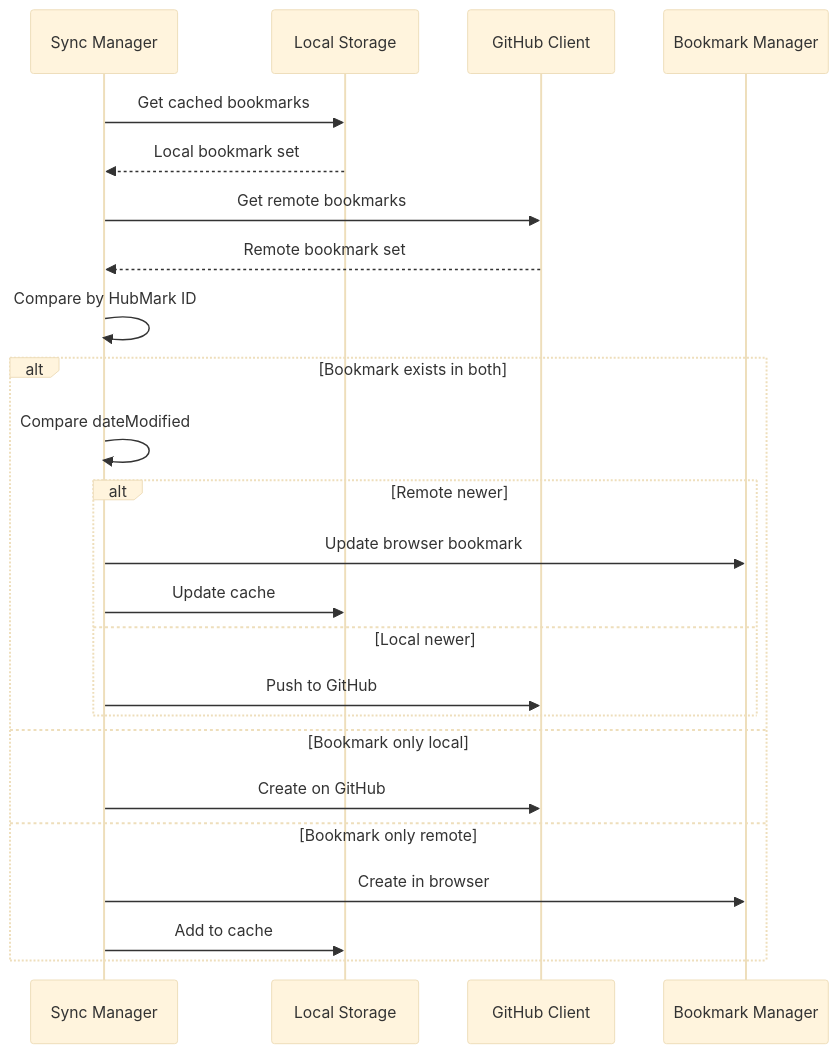
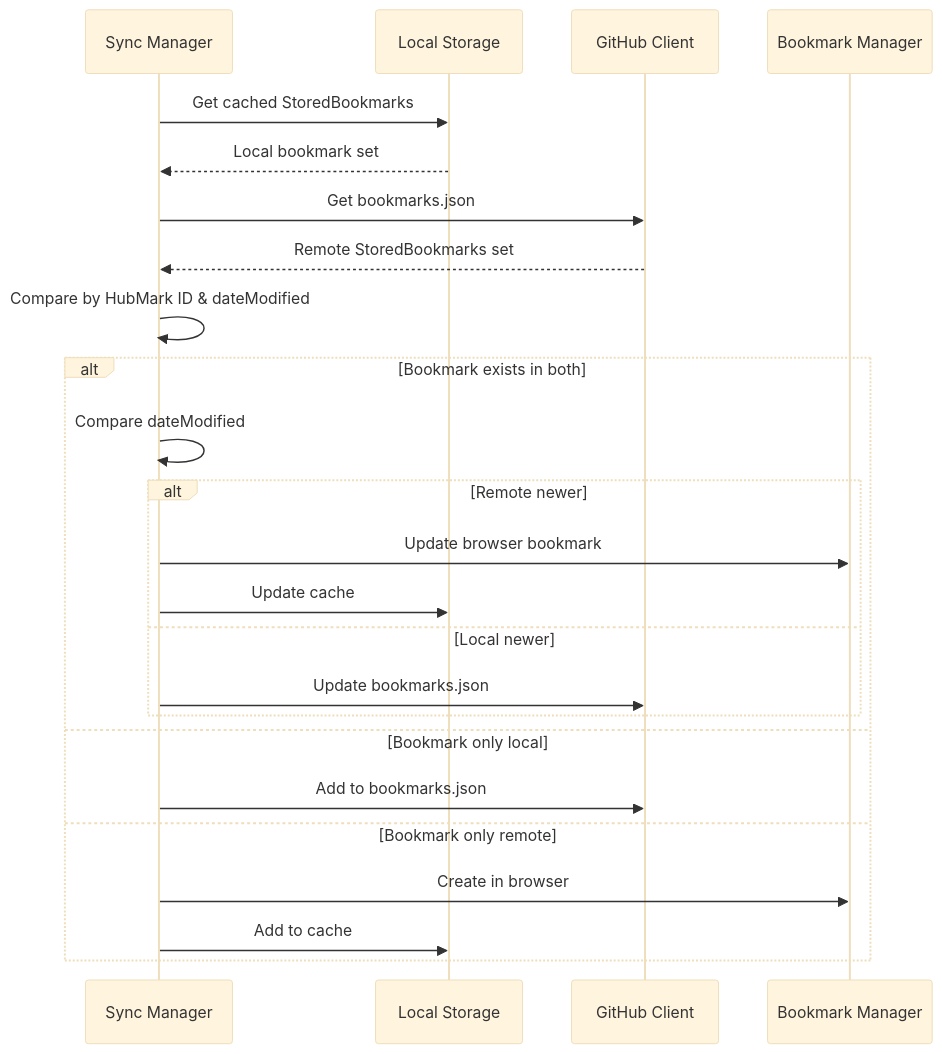
Before and after one commit to danlourenco/hubmarks: the eighth of 14 diagrams in docs/data-flow.md, drawn with Mermaid (base theme). The commit also changed other lines of this file and 5 other files, not shown here.

First line of the commit message:
docs: update all documentation for JSON-first architecture

````diff
--- a/docs/data-flow.md
+++ b/docs/data-flow.md
@@ -198,28 +233,28 @@
 ```mermaid
 sequenceDiagram
     participant SM as Sync Manager
     participant Local as Local Storage
     participant Remote as GitHub Client
     participant BM as Bookmark Manager
     
-    SM->>Local: Get cached bookmarks
+    SM->>Local: Get cached StoredBookmarks
     Local-->>SM: Local bookmark set
-    SM->>Remote: Get remote bookmarks
-    Remote-->>SM: Remote bookmark set
-    SM->>SM: Compare by HubMark ID
+    SM->>Remote: Get bookmarks.json
+    Remote-->>SM: Remote StoredBookmarks set
+    SM->>SM: Compare by HubMark ID & dateModified
     
     alt Bookmark exists in both
         SM->>SM: Compare dateModified
         alt Remote newer
             SM->>BM: Update browser bookmark
             SM->>Local: Update cache
         else Local newer
-            SM->>Remote: Push to GitHub
+            SM->>Remote: Update bookmarks.json
         end
     else Bookmark only local
-        SM->>Remote: Create on GitHub
+        SM->>Remote: Add to bookmarks.json
     else Bookmark only remote  
         SM->>BM: Create in browser
         SM->>Local: Add to cache
     end
 ```
````
